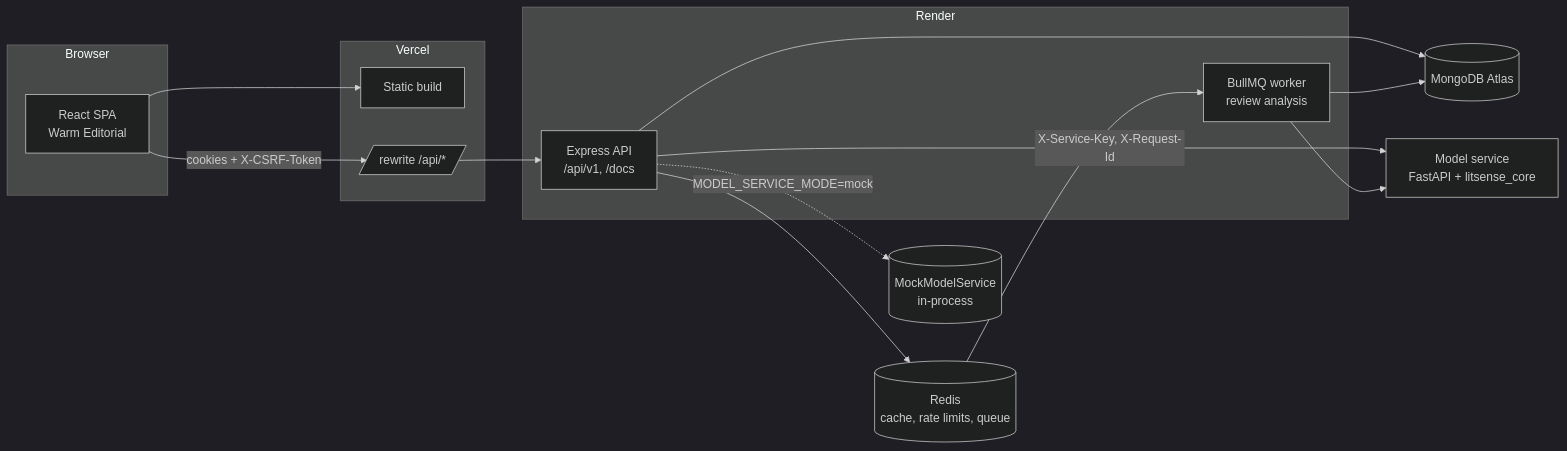
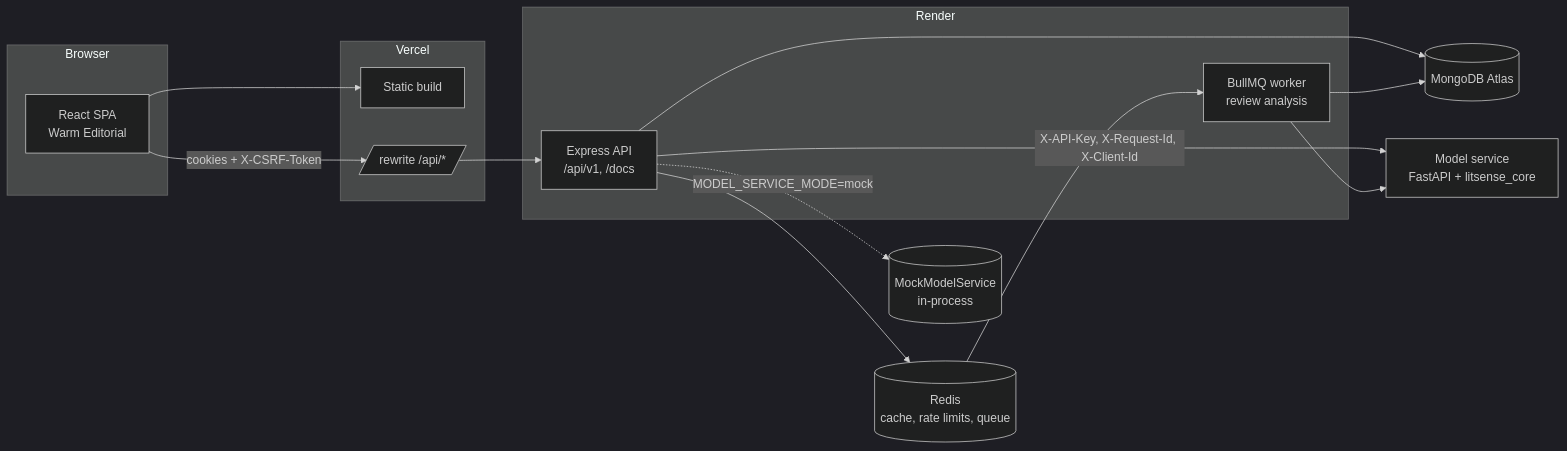
Before and after one commit to zee10524/7thSemProject: the first of 2 diagrams in README.md, drawn with Mermaid (dark theme). The commit also changed other lines of this file and 14 other files, not shown here.

First line of the commit message:
Model service client: follow the serve-api OpenAPI

````diff
--- a/README.md
+++ b/README.md
@@ -20,27 +20,27 @@
 ```mermaid
 flowchart LR
   subgraph Browser
     SPA[React SPA<br/>Warm Editorial]
   end
   subgraph Vercel
     STATIC[Static build]
     RW[/rewrite /api/*/]
   end
   subgraph Render
     API[Express API<br/>/api/v1, /docs]
     WORKER[BullMQ worker<br/>review analysis]
   end
   MODEL[Model service<br/>FastAPI + litsense_core]
   MOCK[(MockModelService<br/>in-process)]
   MONGO[(MongoDB Atlas)]
   REDIS[(Redis<br/>cache, rate limits, queue)]
 
   SPA --> STATIC
   SPA -- cookies + X-CSRF-Token --> RW --> API
   API --> MONGO
   API --> REDIS
   REDIS --> WORKER --> MONGO
-  API -- X-Service-Key, X-Request-Id --> MODEL
+  API -- X-API-Key, X-Request-Id, X-Client-Id --> MODEL
   WORKER --> MODEL
   API -. MODEL_SERVICE_MODE=mock .-> MOCK
 ```
````
